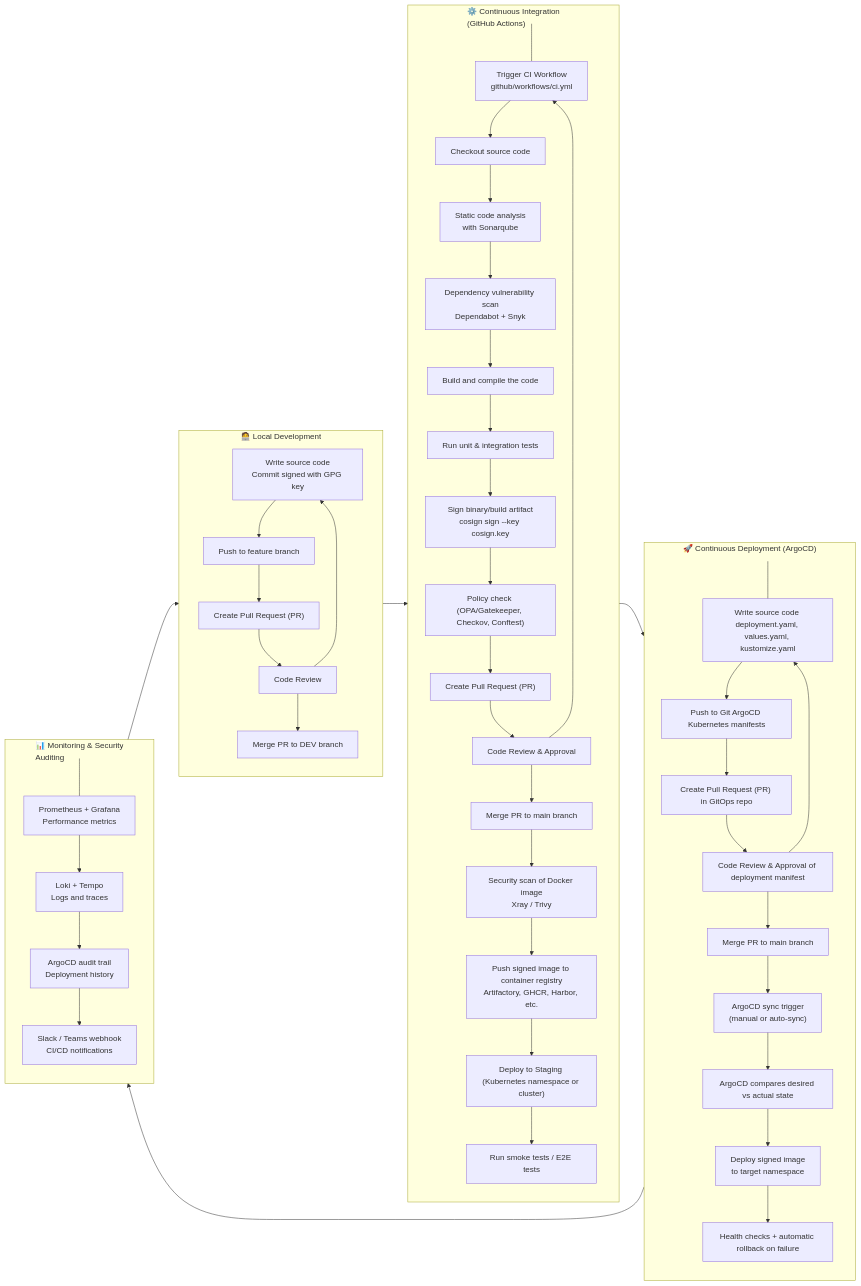
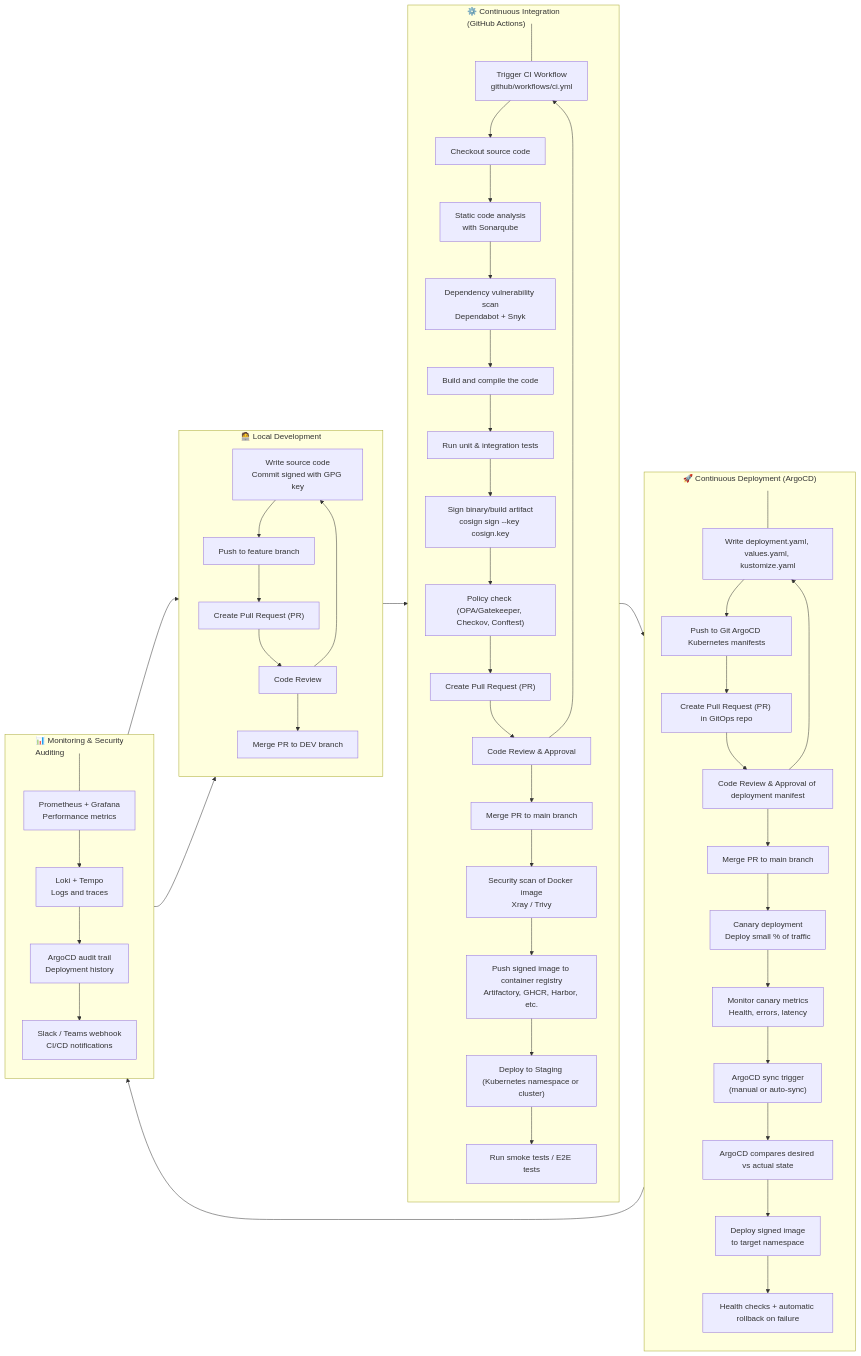
The diagram in doc/Workflows/CICD_Pipeline_Process.md (clickpaddle/clickceler), drawn with Mermaid before and after one commit.

````diff
--- a/doc/Workflows/CICD_Pipeline_Process.md
+++ b/doc/Workflows/CICD_Pipeline_Process.md
@@ -1,74 +1,78 @@
 ```mermaid
 flowchart LR
 classDef ghost-node fill:none, stroke:none, color:none, height:0, padding:0, margin:0;
 
 %% ======================
 %% DEV
 %% ======================
 subgraph DEV["🧑‍💻 Local Development"]
 A1[Write source code<br>Commit signed with GPG key] --> A2[Push to feature branch]
 A2 --> A3["Create Pull Request (PR)"]
 A3 --> A4[Code Review]
 A4 --> A5[Merge PR to DEV branch]
 A4 --> A1
 end
 
 %% ======================
 %% CI
 %% ======================
 subgraph CI["⚙️ Continuous Integration<br>(GitHub Actions)"]
 CI_SPACER[" "] --- B1[Trigger CI Workflow<br>github/workflows/ci.yml]
 class CI_SPACER ghost-node
 B1 --> B2[Checkout source code]
 B2 --> B3["Static code analysis<br>with Sonarqube"]
 B3 --> B4["Dependency vulnerability scan<br>Dependabot + Snyk"]
 B4 --> B5[Build and compile the code]
 B5 --> B6[Run unit & integration tests]
 B6 --> B7[Sign binary/build artifact<br>cosign sign --key cosign.key]
 B7 --> B8["Policy check (OPA/Gatekeeper, Checkov, Conftest)"]
 B8 --> B10["Create Pull Request (PR)"]
 B10 --> B12[Code Review & Approval]
 B12 --> B1
 B12 --> B13[Merge PR to main branch]
 B13 --> B14["Security scan of Docker image<br>Xray / Trivy"]
 B14 --> B15["Push signed image to container registry<br>Artifactory, GHCR, Harbor, etc."]
 B15 --> S1["Deploy to Staging (Kubernetes namespace or cluster)"]
 S1 --> S2["Run smoke tests / E2E tests"]
 end
 
 %% ======================
 %% CD
 %% ======================
 subgraph CD["🚀 Continuous Deployment (ArgoCD)"]
-CD_SPACER[" "] --- C1[Write source code deployment.yaml, values.yaml, kustomize.yaml]
+CD_SPACER[" "] --- C1[Write deployment.yaml, values.yaml, kustomize.yaml]
 class CD_SPACER ghost-node
 C1 --> C3[Push to Git ArgoCD Kubernetes manifests]
 C3 --> C4["Create Pull Request (PR) in GitOps repo"]
 C4 --> C5[Code Review & Approval of deployment manifest]
 C5 --> C1
 C5 --> C6[Merge PR to main branch]
-C6 --> C9["ArgoCD sync trigger<br>(manual or auto-sync)"]
+C6 --> C7["Canary deployment<br>Deploy small % of traffic"]
+C7 --> C8["Monitor canary metrics<br>Health, errors, latency"]
+C8 --> C9["ArgoCD sync trigger<br>(manual or auto-sync)"]
 C9 --> C10["ArgoCD compares desired vs actual state"]
 C10 --> C11["Deploy signed image<br>to target namespace"]
 C11 --> C12["Health checks + automatic rollback on failure"]
 end
 
 %% ======================
 %% MONITORING & AUDIT
 %% ======================
 subgraph MON["📊 Monitoring & Security<br>Auditing"]
 MON_SPACER[" "] --- D1[Prometheus + Grafana<br>Performance metrics]
 class MON_SPACER ghost-node
 D1 --> D2[Loki + Tempo<br>Logs and traces]
 D2 --> D3[ArgoCD audit trail<br>Deployment history]
 D3 --> D4[Slack / Teams webhook<br>CI/CD notifications]
 end
 
 %% ======================
 %% LINKS BETWEEN PHASES
 %% ======================
 DEV --> CI
 CI --> CD
 CD --> MON
 MON --> DEV
+
+MON --> DEV
 ```
````
